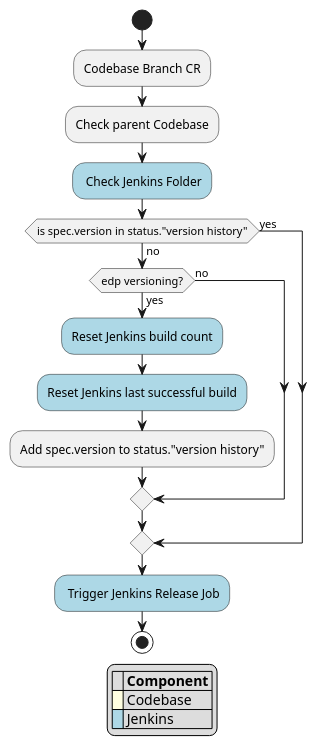
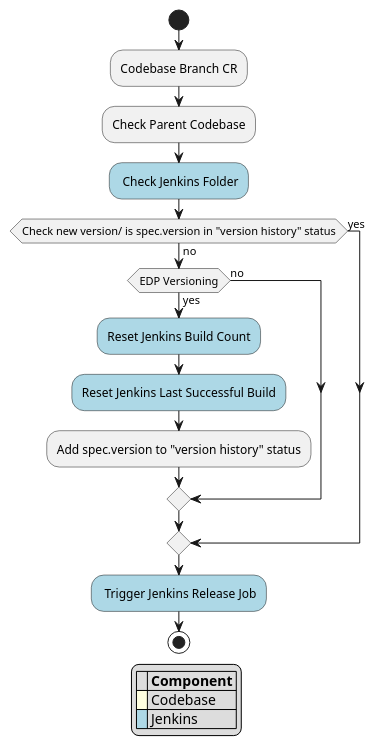
Before and after one commit to epam/edp-codebase-operator: the diagram in documentation/puml/codebase_branch_chain.puml, drawn with PlantUML.

Commit message:
[ARCH] Fix the codebase_branch_chain_puml diagram.

```diff
--- a/documentation/puml/codebase_branch_chain.puml
+++ b/documentation/puml/codebase_branch_chain.puml
@@ -1,23 +1,23 @@
 @startuml
 start
 :Codebase Branch CR;
-:Check parent Codebase;
+:Check Parent Codebase;
 #lightblue: Check Jenkins Folder;
-if (is spec.version in status."version history") then (no)
-    if (edp versioning?) then (yes)
-        #lightblue:Reset Jenkins build count;
-        #lightblue:Reset Jenkins last successful build;
-        :Add spec.version to status."version history";
+if (Check new version/ is spec.version in "version history" status) then (no)
+    if (EDP Versioning) then (yes)
+        #lightblue:Reset Jenkins Build Count;
+        #lightblue:Reset Jenkins Last Successful Build;
+        :Add spec.version to "version history" status;
     else (no)
     endif
 else (yes)
 endif
 #lightblue: Trigger Jenkins Release Job;
 stop
 
 legend
 |= |= Component |
 |<back:#lightyellow>   </back>| Codebase |
 |<back:#lightblue>   </back>| Jenkins |
 endlegend
 @enduml
```
